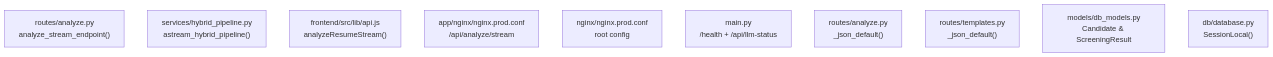
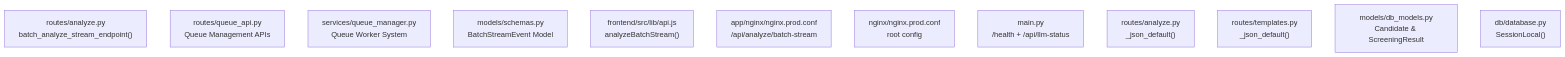
Before and after one commit to Revanththetalogics/aireume: the third of 3 diagrams in .qoder/repowiki/en/content/API Reference/Analysis Endpoints/Streaming Analysis.md, drawn with Mermaid. The commit also changed other lines of this file and 61 other files, not shown here.

````diff
--- a/.qoder/repowiki/en/content/API Reference/Analysis Endpoints/Streaming Analysis.md
+++ b/.qoder/repowiki/en/content/API Reference/Analysis Endpoints/Streaming Analysis.md
@@ -461,13 +501,15 @@
 ```mermaid
 graph TB
-Routes["routes/analyze.py<br/>analyze_stream_endpoint()"]
-Pipeline["services/hybrid_pipeline.py<br/>astream_hybrid_pipeline()"]
-Frontend["frontend/src/lib/api.js<br/>analyzeResumeStream()"]
-NginxApp["app/nginx/nginx.prod.conf<br/>/api/analyze/stream"]
+Routes["routes/analyze.py<br/>batch_analyze_stream_endpoint()"]
+QueueAPI["routes/queue_api.py<br/>Queue Management APIs"]
+QueueManager["services/queue_manager.py<br/>Queue Worker System"]
+Schema["models/schemas.py<br/>BatchStreamEvent Model"]
+Frontend["frontend/src/lib/api.js<br/>analyzeBatchStream()"]
+NginxApp["app/nginx/nginx.prod.conf<br/>/api/analyze/batch-stream"]
 NginxRoot["nginx/nginx.prod.conf<br/>root config"]
 Health["main.py<br/>/health + /api/llm-status"]
 Serializer["routes/analyze.py<br/>_json_default()"]
 TemplateSerializer["routes/templates.py<br/>_json_default()"]
 DBModels["models/db_models.py<br/>Candidate & ScreeningResult"]
 DBSession["db/database.py<br/>SessionLocal()"]
 ```
````
